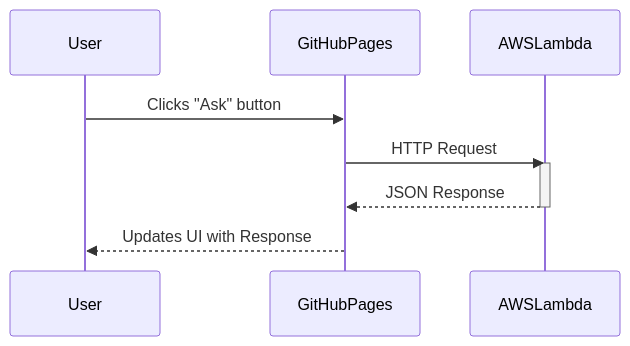
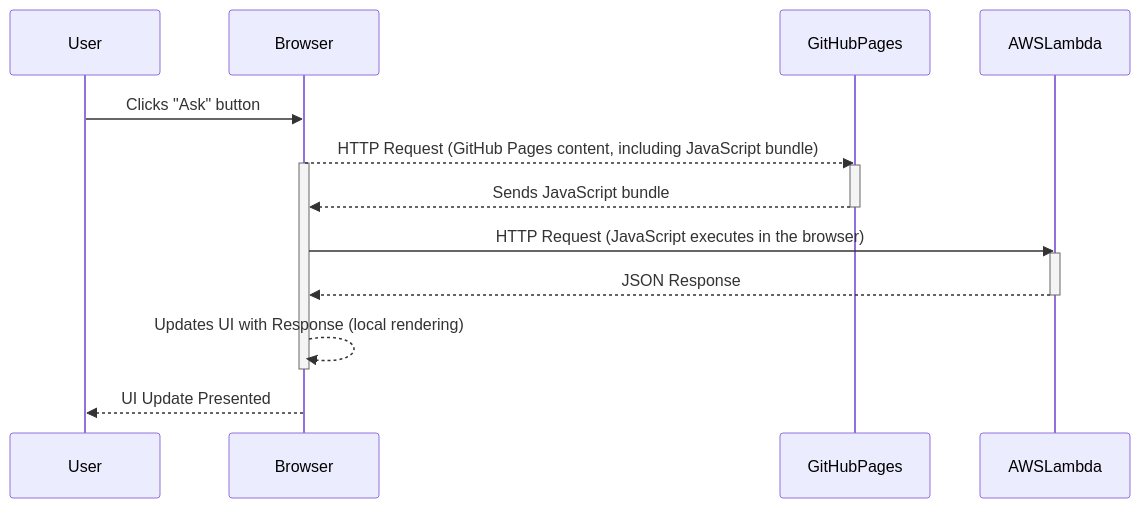
One commit to considerable/hello-react-gh-pages changed the diagram in README.md. Above: the diagram before and after it, drawn with Mermaid. The commit also changed other lines of this file, not shown here.

Commit message:
new Mermaid

````diff
--- a/README.md
+++ b/README.md
@@ -9,15 +10,21 @@
 ```mermaid
 sequenceDiagram
   participant User
+  participant Browser
   participant GitHubPages
   participant AWSLambda
-
-  User->>GitHubPages: Clicks "Ask" button
-  GitHubPages->>AWSLambda: HTTP Request
-
+ 
+  User->>Browser: Clicks "Ask" button
+  Browser-->>GitHubPages: HTTP Request (GitHub Pages content, including JavaScript bundle)
+  activate Browser
+  activate GitHubPages
+  GitHubPages-->>Browser: Sends JavaScript bundle
+  deactivate GitHubPages
+  Browser->>AWSLambda: HTTP Request (JavaScript executes in the browser)
   activate AWSLambda
-  AWSLambda-->>GitHubPages: JSON Response
+  AWSLambda-->>Browser: JSON Response
   deactivate AWSLambda
-
-  GitHubPages-->>User: Updates UI with Response
+  Browser-->>Browser: Updates UI with Response (local rendering)
+  deactivate Browser
+  Browser-->>User: UI Update Presented
 ```
````
